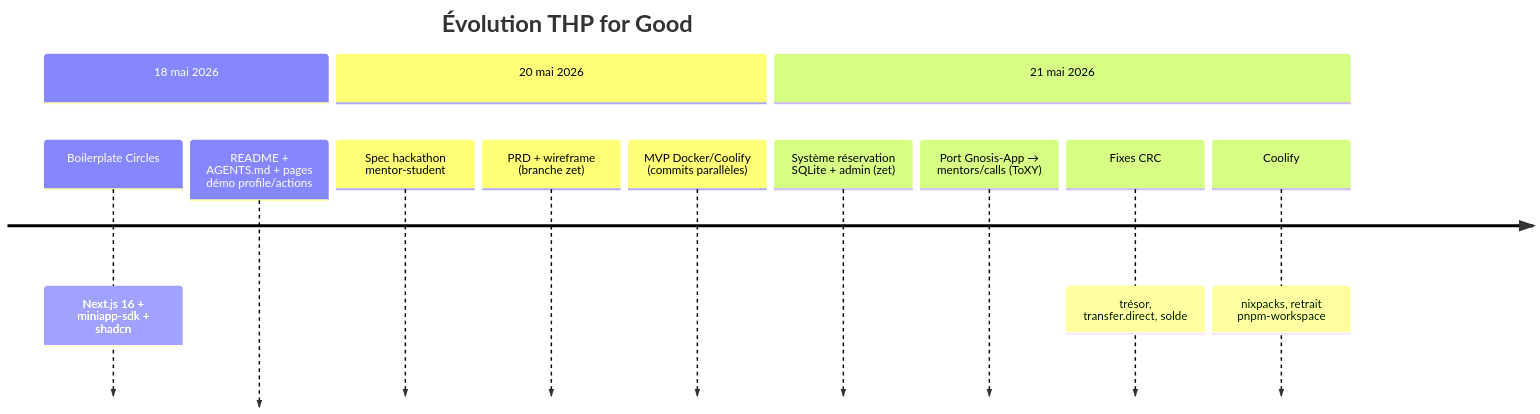
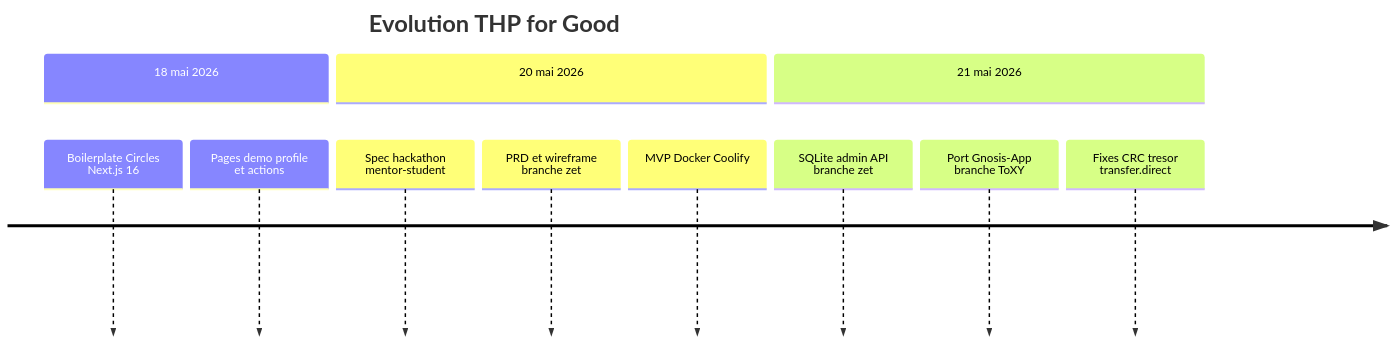
The first of 3 diagrams in docs/05-historique.md (gnosis-box/THP-for-Good), drawn with Mermaid before and after one commit. The commit also changed other lines of this file and 7 other files, not shown here.

````diff
--- a/docs/05-historique.md
+++ b/docs/05-historique.md
@@ -7,16 +20,15 @@
 ```mermaid
 timeline
-  title Évolution THP for Good
+  title Evolution THP for Good
   section 18 mai 2026
-    Boilerplate Circles : Next.js 16 + miniapp-sdk + shadcn
-    README + AGENTS.md + pages démo profile/actions
+    Boilerplate Circles Next.js 16
+    Pages demo profile et actions
   section 20 mai 2026
     Spec hackathon mentor-student
-    PRD + wireframe (branche zet)
-    MVP Docker/Coolify (commits parallèles)
+    PRD et wireframe branche zet
+    MVP Docker Coolify
   section 21 mai 2026
-    Système réservation SQLite + admin (zet)
-    Port Gnosis-App → mentors/calls (ToXY)
-    Fixes CRC : trésor, transfer.direct, solde
-    Coolify : nixpacks, retrait pnpm-workspace
+    SQLite admin API branche zet
+    Port Gnosis-App branche ToXY
+    Fixes CRC tresor transfer.direct
 ```
````
